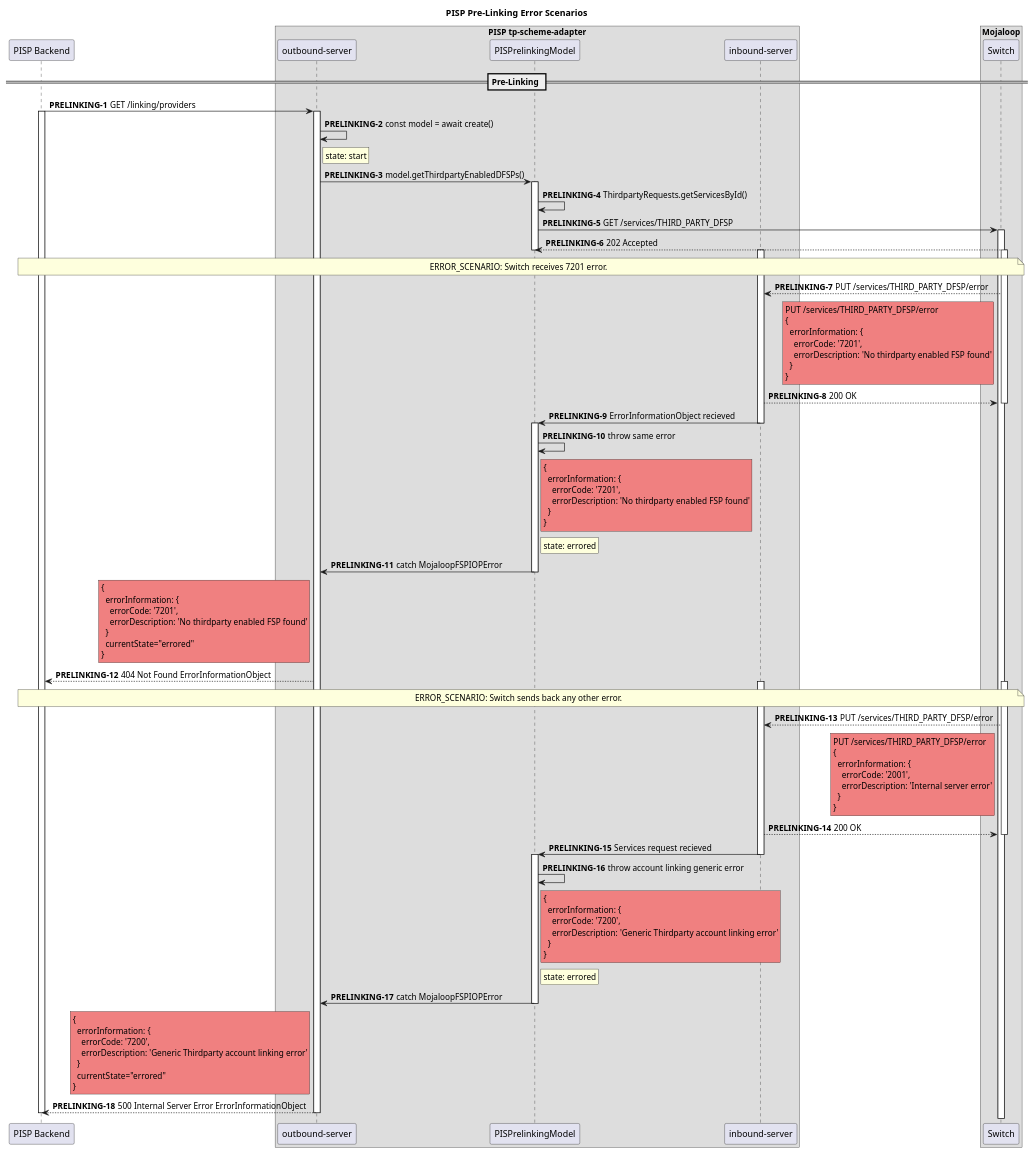
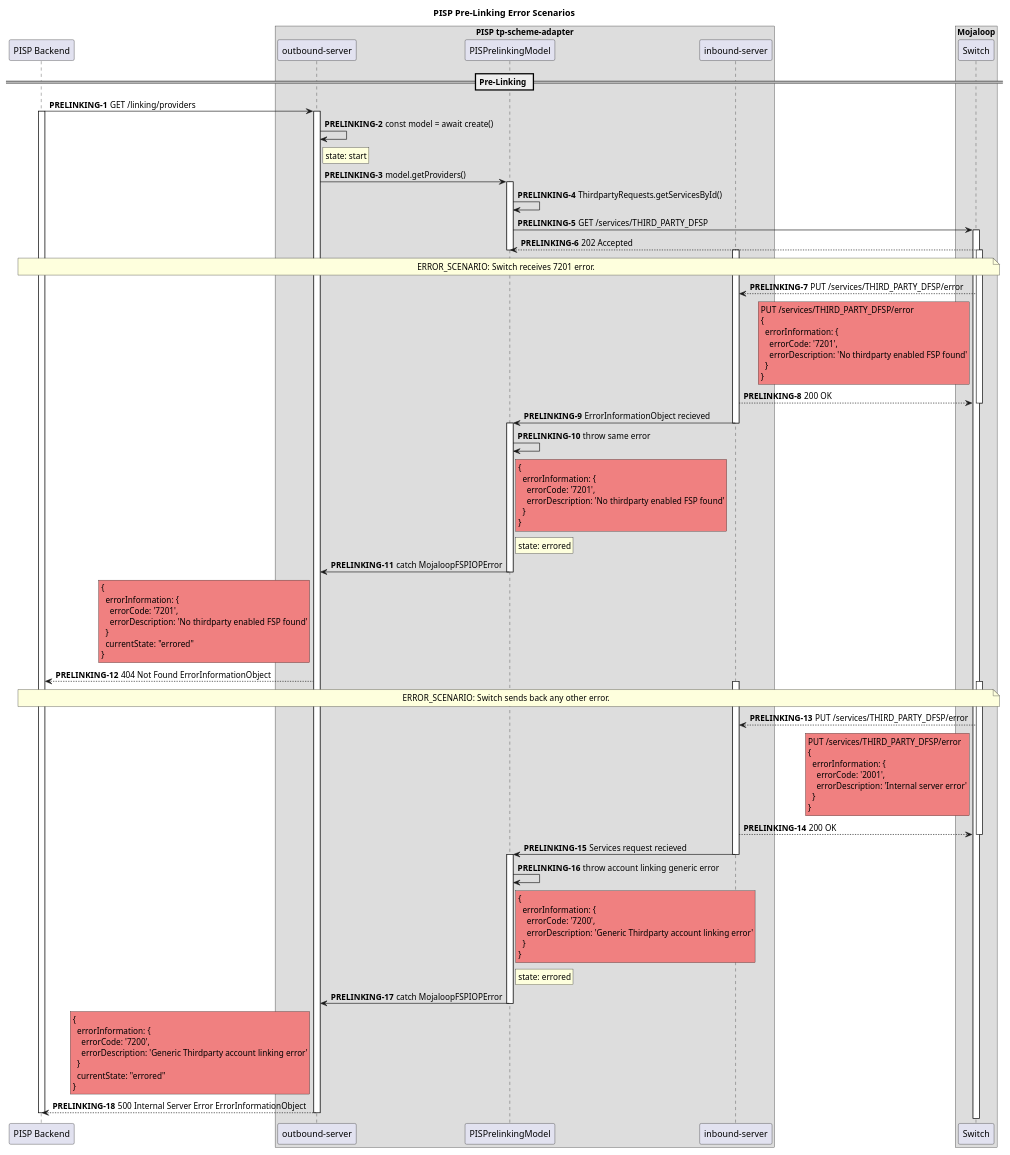
Before and after one commit to mojaloop/thirdparty-sdk: the diagram in docs/sequence/error_scenarios/PISPPreLinkingApi.puml, drawn with PlantUML. The commit also changed 3 other files, not shown here.

```diff
--- a/docs/sequence/error_scenarios/PISPPreLinkingApi.puml
+++ b/docs/sequence/error_scenarios/PISPPreLinkingApi.puml
@@ -1,139 +1,139 @@
 @startuml
 
 title PISP Pre-Linking Error Scenarios
 
 participant "PISP Backend" as PISP
 box "PISP tp-scheme-adapter"
   participant "outbound-server" as PISP_TP_OUT
   participant "PISPrelinkingModel" as PISP_PLM
   participant "inbound-server" as PISP_TP_IN
 end box
 box "Mojaloop"
     participant Switch
 end box
 
 == Pre-Linking ==
 autonumber 1 "<b>PRELINKING-#</b>"
 
 PISP -> PISP_TP_OUT: GET /linking/providers
 
 activate PISP
 activate PISP_TP_OUT
 
 PISP_TP_OUT -> PISP_TP_OUT: const model = await create()
 rnote right of PISP_TP_OUT: state: start
-PISP_TP_OUT -> PISP_PLM: model.getThirdpartyEnabledDFSPs()
+PISP_TP_OUT -> PISP_PLM: model.getProviders()
 
 activate PISP_PLM
 
 PISP_PLM -> PISP_PLM: ThirdpartyRequests.getServicesById()
 PISP_PLM -> Switch: GET /services/THIRD_PARTY_DFSP
 
 activate Switch
 Switch --> PISP_PLM: 202 Accepted
 deactivate PISP_PLM
 
 note over PISP, Switch
   ERROR_SCENARIO: Switch receives 7201 error.
 end note
 
 activate PISP_TP_IN
 activate Switch
 
 Switch --> PISP_TP_IN: PUT /services/THIRD_PARTY_DFSP/error
 rnote left of Switch #LightCoral
 PUT /services/THIRD_PARTY_DFSP/error
 {
   errorInformation: {
     errorCode: '7201',
     errorDescription: 'No thirdparty enabled FSP found'
   }
 }
 end note
 PISP_TP_IN --> Switch: 200 OK
 
 deactivate Switch
 
 PISP_TP_IN -> PISP_PLM: ErrorInformationObject recieved
 
 deactivate PISP_TP_IN
 activate PISP_PLM
 
 PISP_PLM -> PISP_PLM: throw same error
 rnote right of PISP_PLM #LightCoral
 {
   errorInformation: {
     errorCode: '7201',
     errorDescription: 'No thirdparty enabled FSP found'
   }
 }
 end note
 rnote right of PISP_PLM: state: errored
 PISP_PLM -> PISP_TP_OUT: catch MojaloopFSPIOPError
 
 deactivate PISP_PLM
 rnote left of PISP_TP_OUT #LightCoral
 {
   errorInformation: {
     errorCode: '7201',
     errorDescription: 'No thirdparty enabled FSP found'
   }
-  currentState="errored"
+  currentState: "errored"
 }
 end note
 PISP_TP_OUT --> PISP: 404 Not Found ErrorInformationObject
 
 
 note over PISP, Switch
   ERROR_SCENARIO: Switch sends back any other error.
 end note
 
 activate PISP_TP_IN
 activate Switch
 Switch --> PISP_TP_IN: PUT /services/THIRD_PARTY_DFSP/error
 rnote left of Switch #LightCoral
 PUT /services/THIRD_PARTY_DFSP/error
 {
   errorInformation: {
     errorCode: '2001',
     errorDescription: 'Internal server error'
   }
 }
 end note
 PISP_TP_IN --> Switch: 200 OK
 
 deactivate Switch
 
 PISP_TP_IN -> PISP_PLM: Services request recieved
 
 deactivate PISP_TP_IN
 activate PISP_PLM
 
 PISP_PLM -> PISP_PLM: throw account linking generic error
 rnote right of PISP_PLM #LightCoral
 {
   errorInformation: {
     errorCode: '7200',
     errorDescription: 'Generic Thirdparty account linking error'
   }
 }
 end note
 rnote right of PISP_PLM: state: errored
 PISP_PLM -> PISP_TP_OUT: catch MojaloopFSPIOPError
 
 deactivate PISP_PLM
 rnote left of PISP_TP_OUT #LightCoral
 {
   errorInformation: {
     errorCode: '7200',
     errorDescription: 'Generic Thirdparty account linking error'
   }
-  currentState="errored"
+  currentState: "errored"
 }
 end note
 PISP_TP_OUT --> PISP: 500 Internal Server Error ErrorInformationObject
 
 deactivate PISP_TP_OUT
 deactivate PISP
 
 @enduml
```
